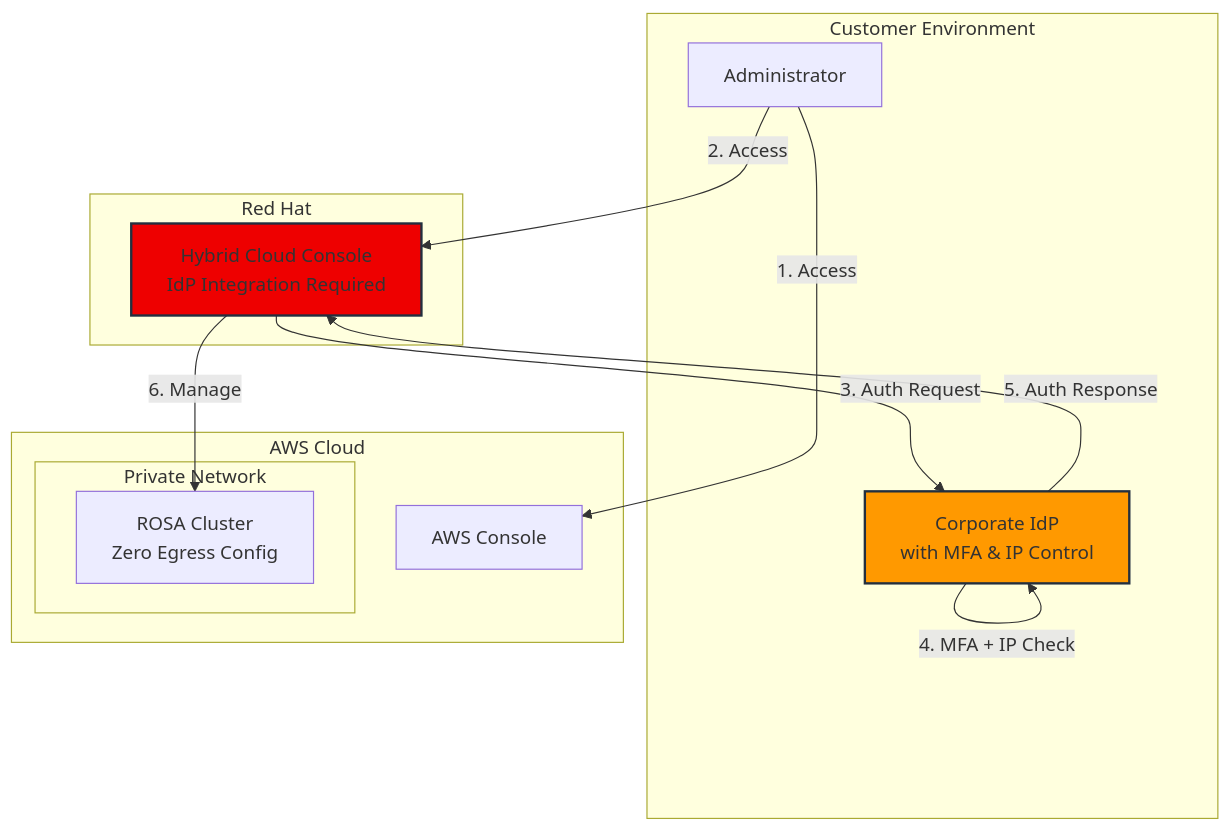
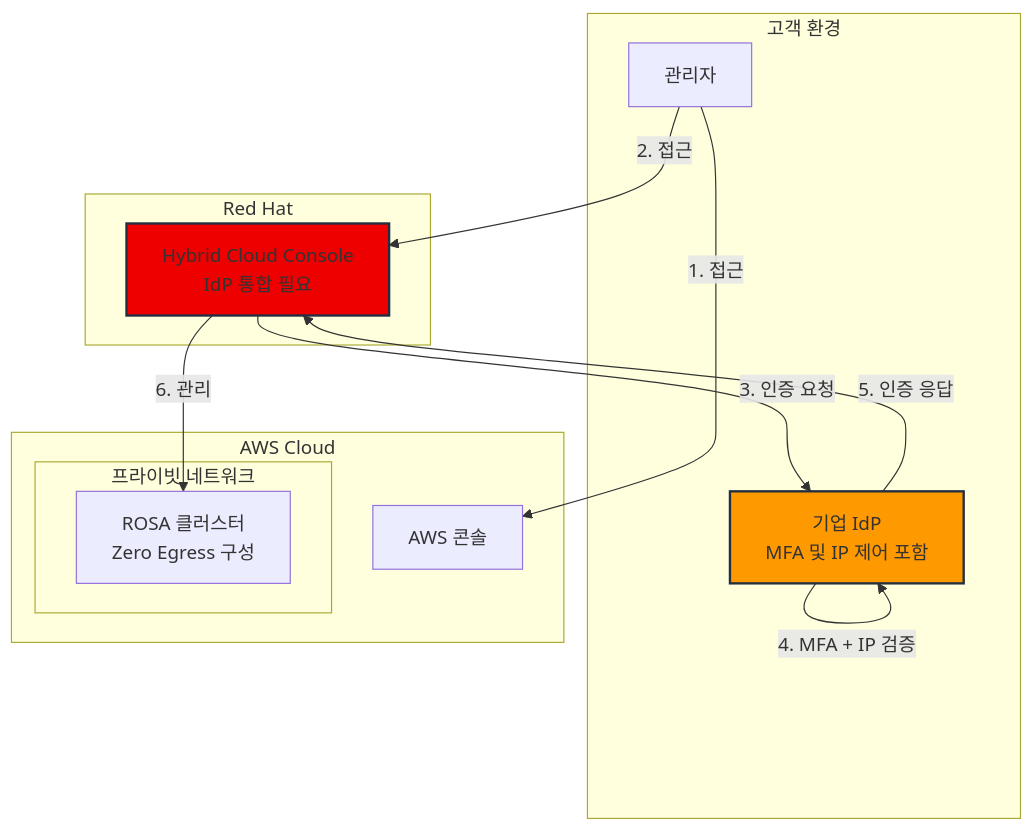
Before and after one commit to devfloor9/engineering-playbook: the second of 2 diagrams in docs/rosa/rosa-security-compliance.md, drawn with Mermaid. The commit also changed other lines of this file and 24 other files, not shown here.

````diff
--- a/docs/rosa/rosa-security-compliance.md
+++ b/docs/rosa/rosa-security-compliance.md
@@ -73,28 +84,28 @@
 ```mermaid
 graph TB
-    subgraph Customer["Customer Environment"]
-        Admin[Administrator]
-        IdP[Corporate IdP<br/>with MFA & IP Control]
+    subgraph Customer["고객 환경"]
+        Admin[관리자]
+        IdP[기업 IdP<br/>MFA 및 IP 제어 포함]
     end
 
     subgraph AWS["AWS Cloud"]
-        AWSC[AWS Console]
-        subgraph Private["Private Network"]
-            ROSA[ROSA Cluster<br/>Zero Egress Config]
+        AWSC[AWS 콘솔]
+        subgraph Private["프라이빗 네트워크"]
+            ROSA[ROSA 클러스터<br/>Zero Egress 구성]
         end
     end
 
     subgraph RedHat["Red Hat"]
-        HCC[Hybrid Cloud Console<br/>IdP Integration Required]
+        HCC[Hybrid Cloud Console<br/>IdP 통합 필요]
     end
 
-    Admin -->|1. Access| AWSC
-    Admin -->|2. Access| HCC
-    HCC -->|3. Auth Request| IdP
-    IdP -->|4. MFA + IP Check| IdP
-    IdP -->|5. Auth Response| HCC
-    HCC -->|6. Manage| ROSA
+    Admin -->|1. 접근| AWSC
+    Admin -->|2. 접근| HCC
+    HCC -->|3. 인증 요청| IdP
+    IdP -->|4. MFA + IP 검증| IdP
+    IdP -->|5. 인증 응답| HCC
+    HCC -->|6. 관리| ROSA
 
     style IdP fill:#ff9900,stroke:#232f3e,stroke-width:2px
     style HCC fill:#EE0000,stroke:#232f3e,stroke-width:2px
 ```
````
